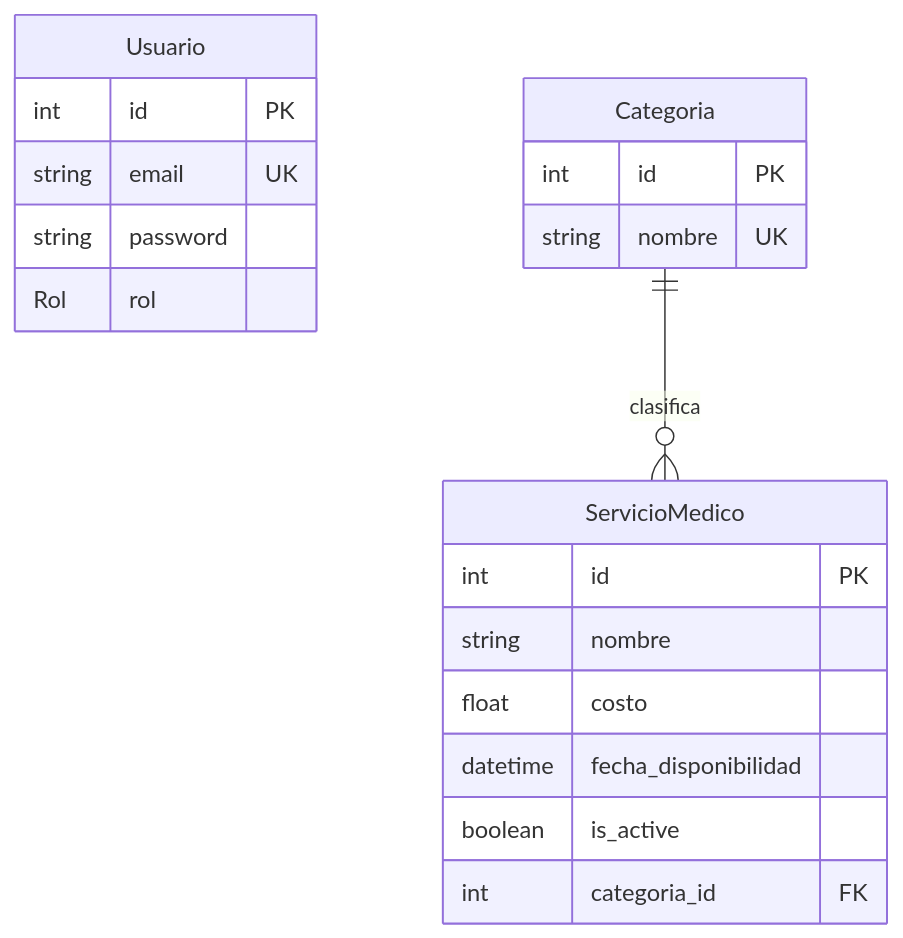
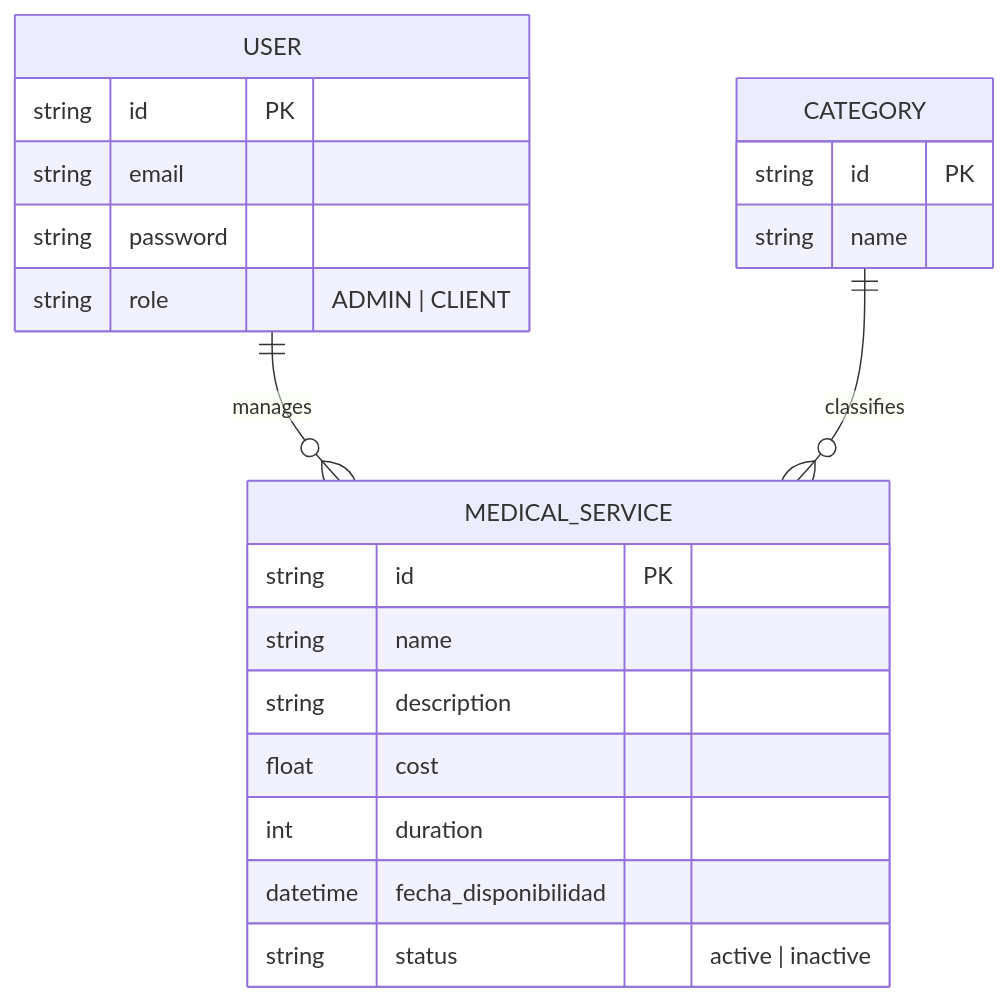
Before and after one commit to VinkeLevinke/gestion-servicios-medicos: the diagram in README.md, drawn with Mermaid. The commit also changed other lines of this file, not shown here.

````diff
--- a/README.md
+++ b/README.md
@@ -42,24 +113,25 @@
 ```mermaid
 erDiagram
-    Usuario {
-        int id PK
-        string email UK
+    USER ||--o{ MEDICAL_SERVICE : manages
+    CATEGORY ||--o{ MEDICAL_SERVICE : classifies
+    USER {
+        string id PK
+        string email
         string password
-        Rol rol
+        string role "ADMIN | CLIENT"
     }
-    Categoria {
-        int id PK
-        string nombre UK
+    MEDICAL_SERVICE {
+        string id PK
+        string name
+        string description
+        float cost
+        int duration
+        datetime fecha_disponibilidad
+        string status "active | inactive"
     }
-    ServicioMedico {
-        int id PK
-        string nombre
-        float costo
-        datetime fecha_disponibilidad
-        boolean is_active
-        int categoria_id FK
+    CATEGORY {
+        string id PK
+        string name
     }
 
-    Categoria ||--o{ ServicioMedico : "clasifica"
-
 ```
````
